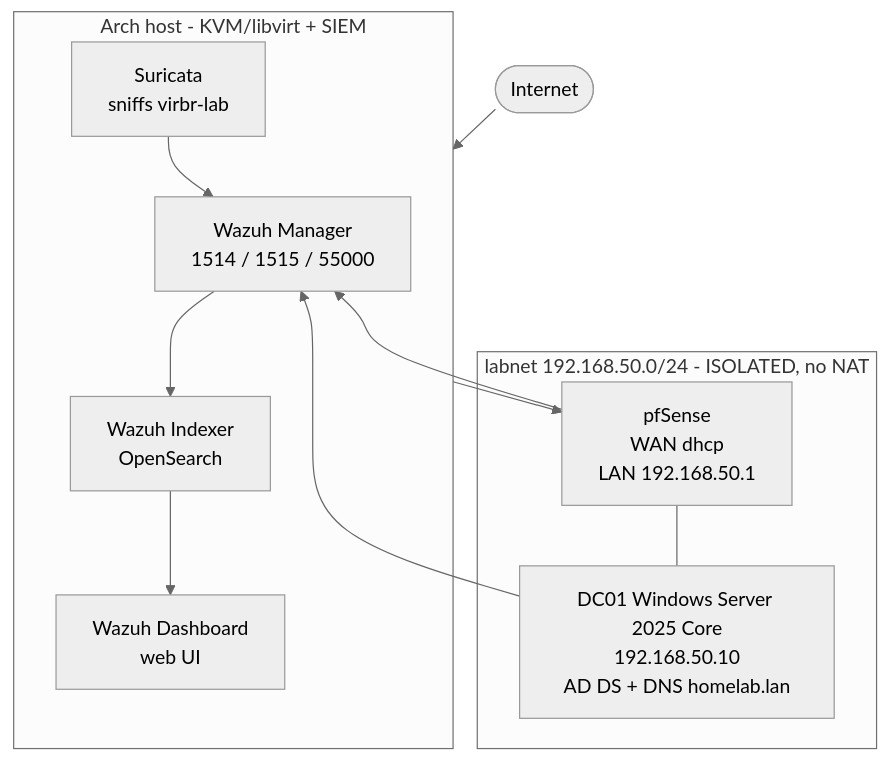
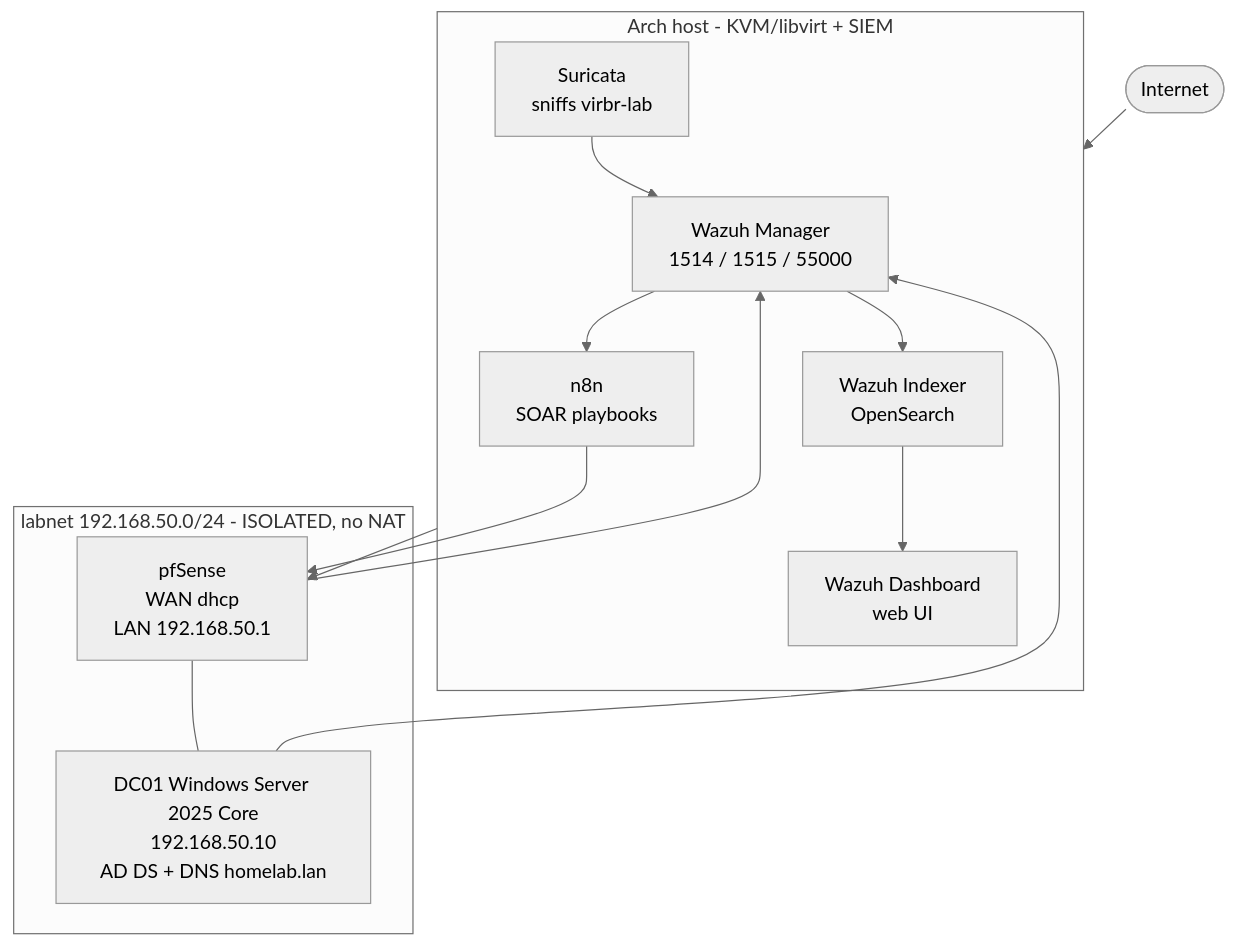
One commit to HariCipher/soc-homelab changed the diagram in README.md. Above: the diagram before and after it, drawn with Mermaid (neutral theme). The commit also changed other lines of this file and 10 other files, not shown here.

````diff
--- a/README.md
+++ b/README.md
@@ -15,25 +15,28 @@
 ```mermaid
 flowchart TB
     NET(["Internet"])
 
     subgraph HOST["Arch host - KVM/libvirt + SIEM"]
         WZM["Wazuh Manager<br>1514 / 1515 / 55000"]
         WZI["Wazuh Indexer<br>OpenSearch"]
         WZD["Wazuh Dashboard<br>web UI"]
         SUR["Suricata<br>sniffs virbr-lab"]
+        N8N["n8n<br>SOAR playbooks"]
     end
 
     subgraph LAB["labnet 192.168.50.0/24 - ISOLATED, no NAT"]
         PF["pfSense<br>WAN dhcp<br>LAN 192.168.50.1"]
         DC["DC01 Windows Server 2025 Core<br>192.168.50.10<br>AD DS + DNS homelab.lan"]
     end
 
     NET --> HOST
     HOST --> PF
     PF --- DC
     DC --> WZM
     PF --> WZM
     SUR --> WZM
     WZM --> WZI
     WZI --> WZD
+    WZM --> N8N
+    N8N --> PF
 ```
````
